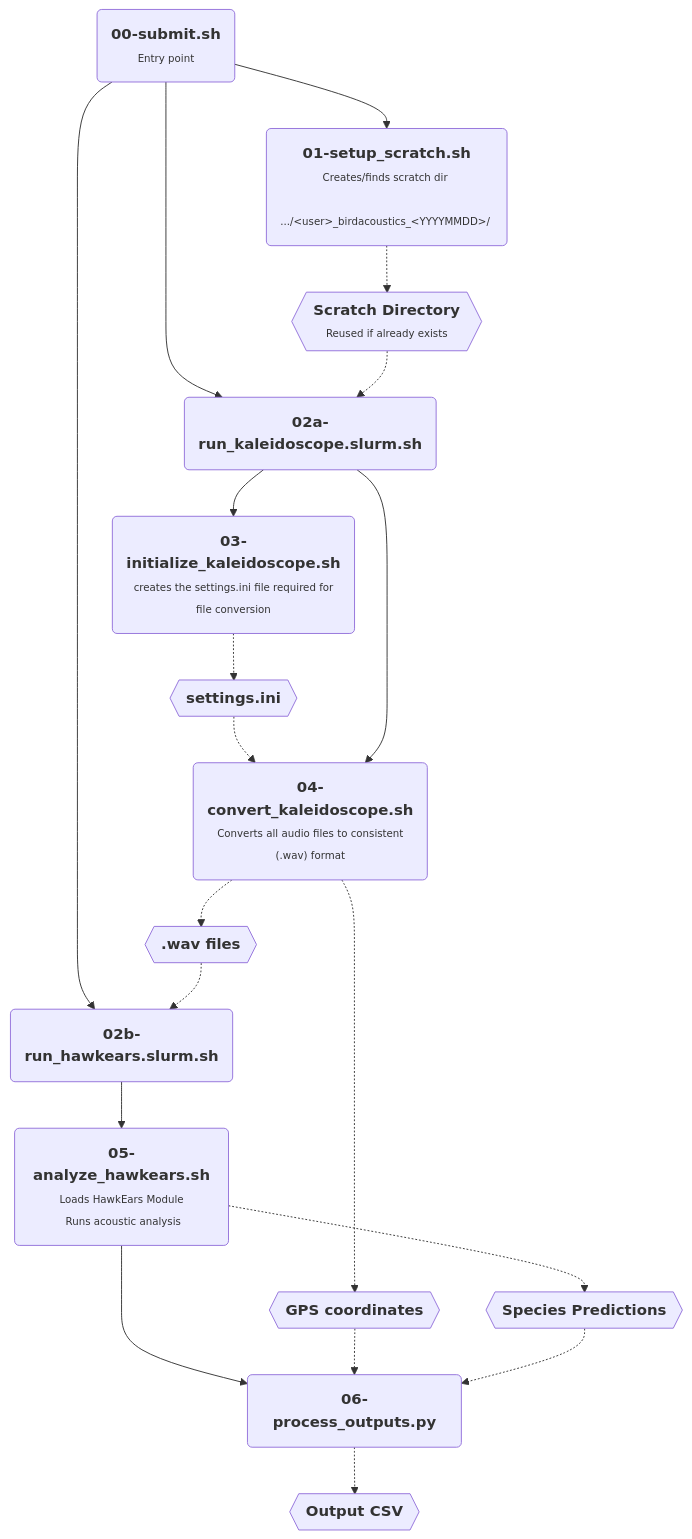
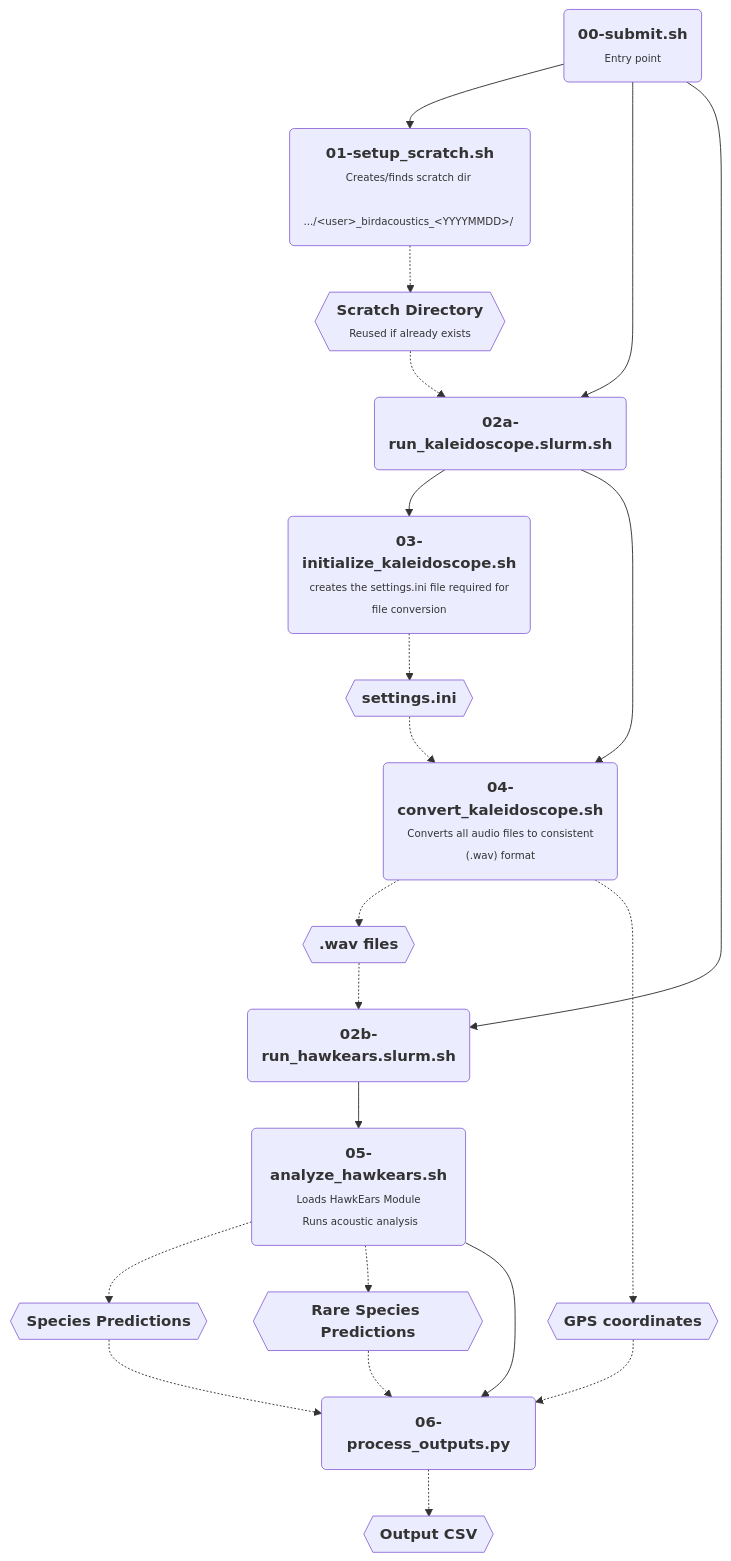
One commit to SamLokanc/birdacoustics changed the diagram in README.md. Above: the diagram before and after it, drawn with Mermaid.

Commit message:
add rare species output to readme

````diff
--- a/README.md
+++ b/README.md
@@ -22,42 +22,45 @@
 ```mermaid
 flowchart TD
     A("`**00-submit.sh**
     <span style='font-size: 11px;'>Entry point</span>`")
     B("`**01-setup_scratch.sh**
     <span style='font-size: 11px;'>Creates/finds scratch dir </br> .../&ltuser&gt\_birdacoustics\_&ltYYYYMMDD&gt/ </span>`")
     C{{"`**Scratch Directory**
     <span style='font-size: 11px;'> Reused if already exists </span>`"}}
     D("`**02a-run_kaleidoscope.slurm.sh**`")
     E("`**05-analyze_hawkears.sh**
     <span style='font-size: 11px;'> Loads HawkEars Module </br> Runs acoustic analysis</span>`")
     F("`**04-convert_kaleidoscope.sh**
     <span style='font-size: 11px;'> Converts all audio files to consistent (.wav) format</span>`")
     G{{"`**.wav files**`"}}
     H("`**03-initialize_kaleidoscope.sh**
     <span style='font-size: 11px;'> creates the settings.ini file required for file conversion</span>`")
     I{{"`**settings.ini**`"}}
     J("`**02b-run_hawkears.slurm.sh**`")
     K("`**06-process_outputs.py**`")
     L{{"`**GPS coordinates**`"}}
     M{{"`**Species Predictions**`"}}
     N{{"`**Output CSV**`"}}
+    O{{"`**Rare Species Predictions**`"}}
 
     A --> B
     A --> D
     A --> J
     B -.-> C
     C -.-> D
     D --> H
     H -.-> I
     I -.-> F
     D --> F
     F -.-> G
     F -.-> L
     G -.-> J
     J --> E
     E -.-> M
+    E -.-> O
     E --> K
     L -.-> K
     M -.-> K
+    O -.-> K
     K -.-> N
 ```
````
